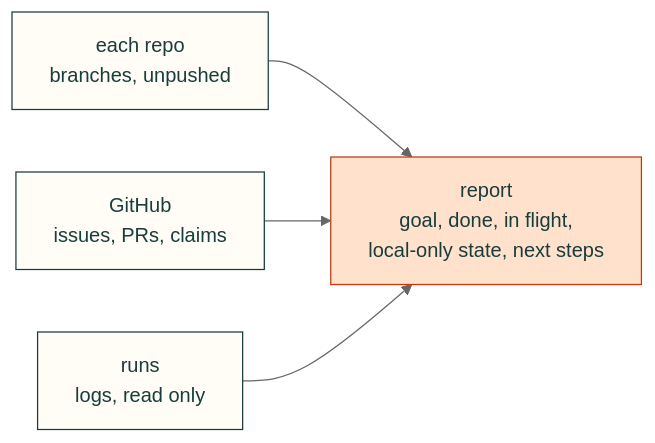
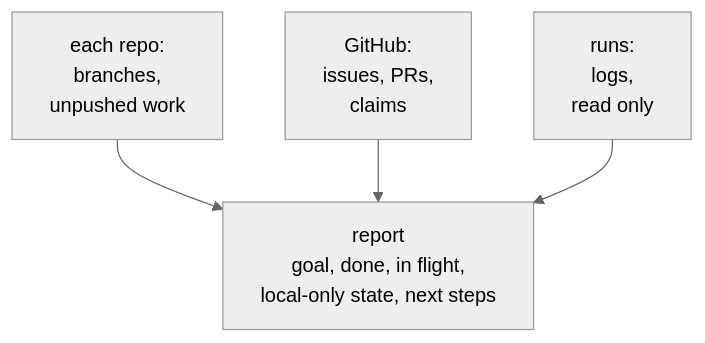
The diagram in agents/cad-resume.md (Valpatel/cad-agent), drawn with Mermaid (neutral theme) before and after one commit. The commit also changed 24 other files, not shown here.

````diff
--- a/agents/cad-resume.md
+++ b/agents/cad-resume.md
@@ -9,12 +9,9 @@
 ```mermaid
-flowchart LR
-    G["each repo<br/>branches, unpushed"] --> R
-    H["GitHub<br/>issues, PRs, claims"] --> R
-    L["runs<br/>logs, read only"] --> R
+flowchart TD
+    G["each repo:<br/>branches,<br/>unpushed work"] --> R
+    H["GitHub:<br/>issues, PRs,<br/>claims"] --> R
+    L["runs:<br/>logs,<br/>read only"] --> R
     R["report<br/>goal, done, in flight,<br/>local-only state, next steps"]
-    classDef here fill:#fffdf5,stroke:#173d3c,color:#173d3c
-    classDef near fill:#eef1e4,stroke:#6f8a80,color:#173d3c
-    classDef out fill:#ffe1cc,stroke:#bd3a12,color:#173d3c
     class G,H,L here
     class R out
 ```
````
